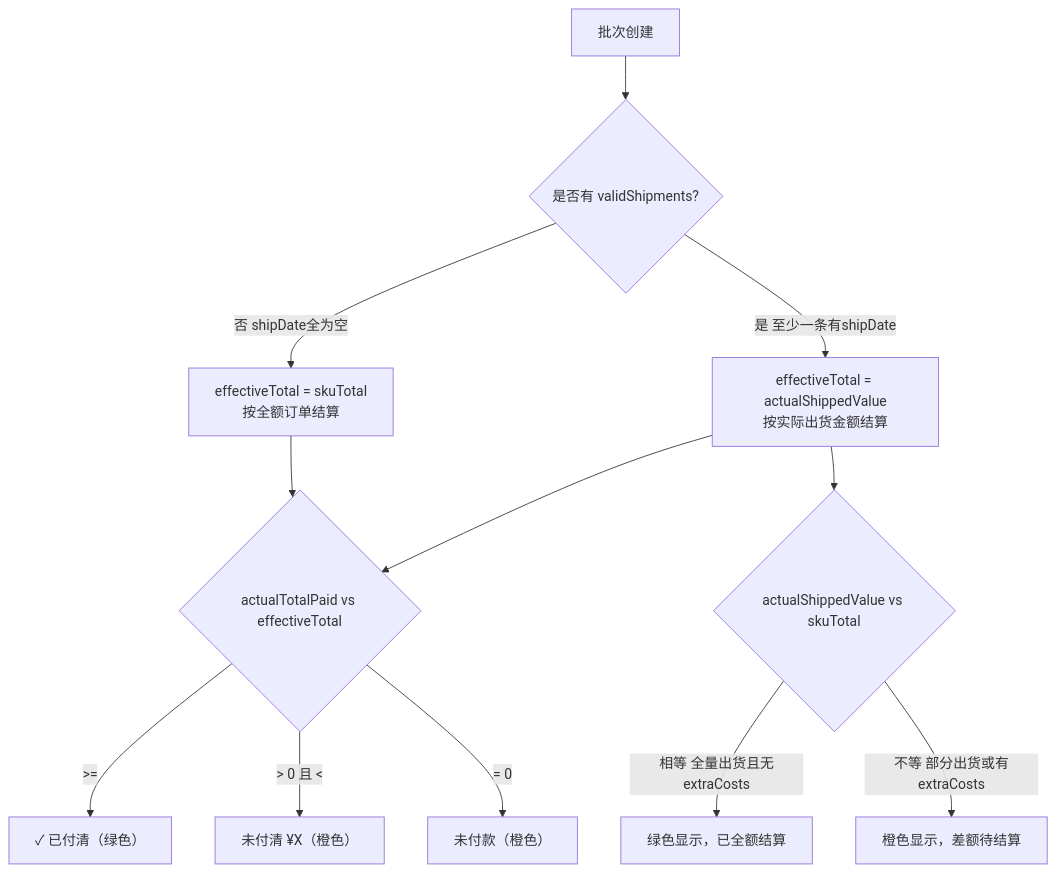
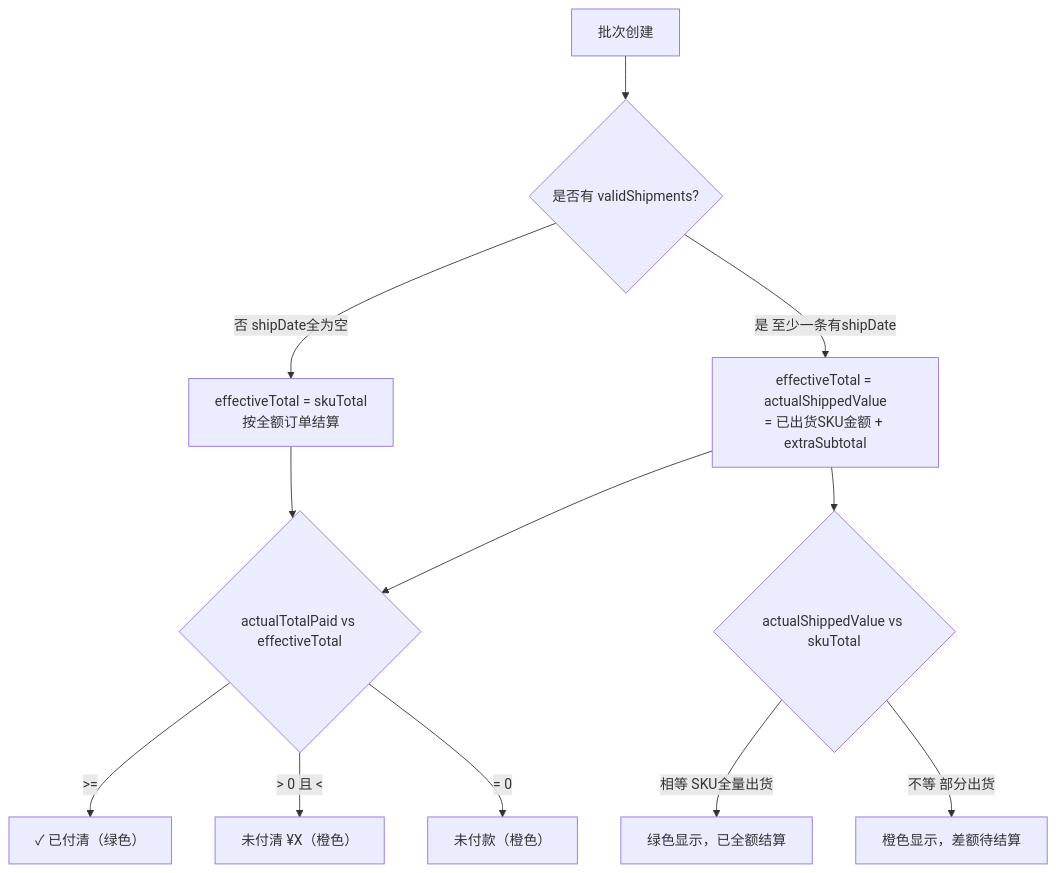
The third of 4 diagrams in docs/modules/production.md (1015297461/fba-tracker-), drawn with Mermaid before and after one commit. The commit also changed other lines of this file and 2 other files, not shown here.

````diff
--- a/docs/modules/production.md
+++ b/docs/modules/production.md
@@ -233,14 +242,14 @@
 ```mermaid
 flowchart TD
     A[批次创建] --> B{是否有 validShipments?}
     B -->|否 shipDate全为空| C["effectiveTotal = skuTotal<br/>按全额订单结算"]
-    B -->|是 至少一条有shipDate| D["effectiveTotal = actualShippedValue<br/>按实际出货金额结算"]
+    B -->|是 至少一条有shipDate| D["effectiveTotal = actualShippedValue<br/>= 已出货SKU金额 + extraSubtotal"]
     D --> E{actualShippedValue vs skuTotal}
-    E -->|相等 全量出货且无extraCosts| F["绿色显示，已全额结算"]
-    E -->|不等 部分出货或有extraCosts| G["橙色显示，差额待结算"]
+    E -->|相等 SKU全量出货| F["绿色显示，已全额结算"]
+    E -->|不等 部分出货| G["橙色显示，差额待结算"]
     C --> H{actualTotalPaid vs effectiveTotal}
     D --> H
     H -->|">="| I["✓ 已付清（绿色）"]
     H -->|"> 0 且 <"| J["未付清 ¥X（橙色）"]
     H -->|"= 0"| K["未付款（橙色）"]
 ```
````
